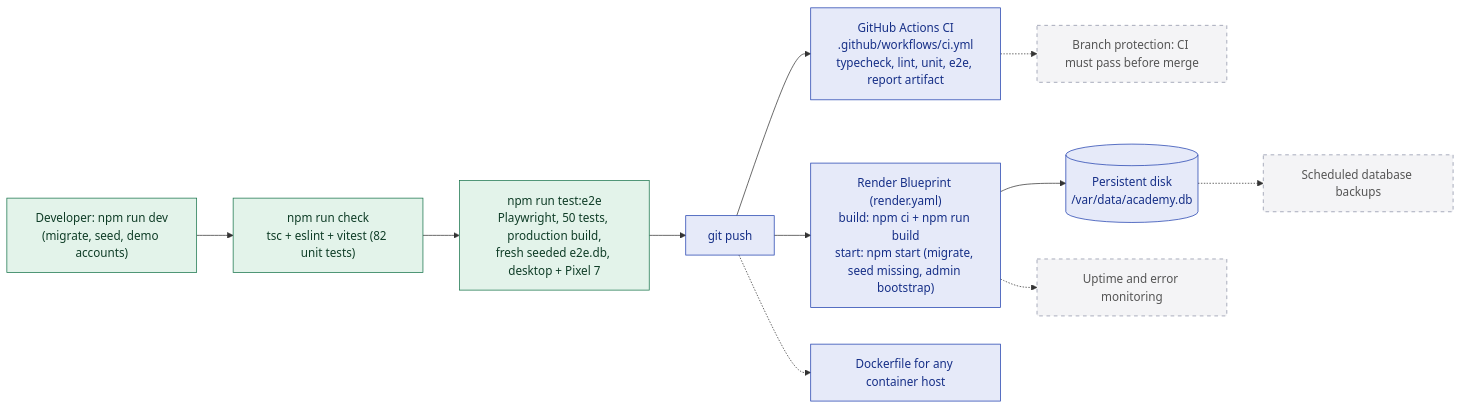
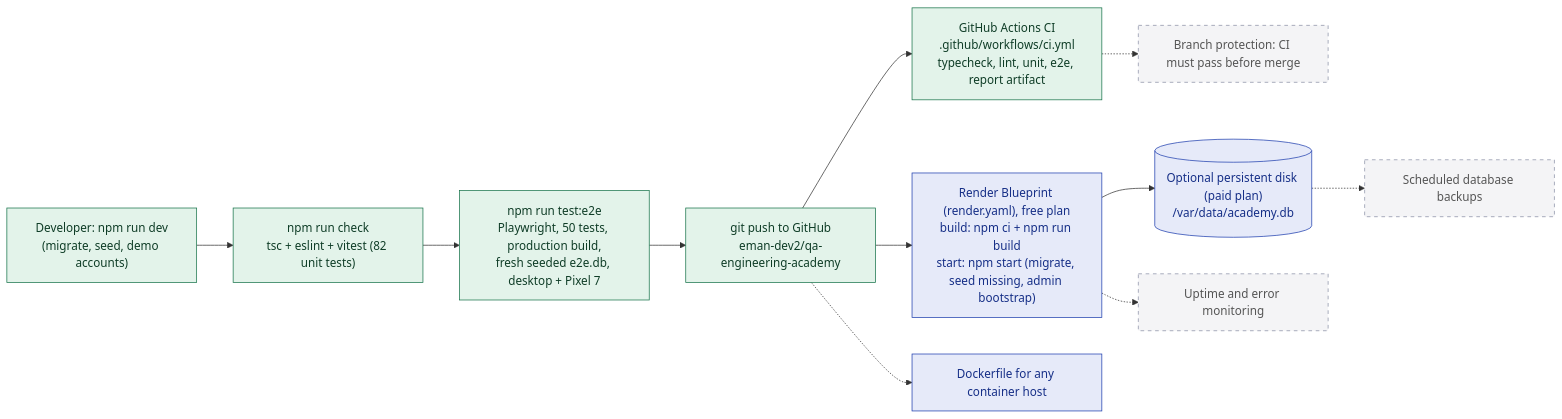
Before and after one commit to eman-dev2/qa-engineering-academy: the diagram in docs/diagrams/13-testing-ci-cd-deployment.md, drawn with Mermaid. The commit also changed other lines of this file and 32 other files, not shown here.

First line of the commit message:
Complete documentation in English and Arabic; free Render Blueprint

````diff
--- a/docs/diagrams/13-testing-ci-cd-deployment.md
+++ b/docs/diagrams/13-testing-ci-cd-deployment.md
@@ -5,25 +5,25 @@
 ```mermaid
 flowchart LR
   classDef done fill:#e3f3ea,stroke:#17734a,color:#0f3d27
   classDef config fill:#e6eaf9,stroke:#1f3fae,color:#162f87
   classDef planned fill:#f4f4f6,stroke:#8a90a6,stroke-dasharray:5 5,color:#555
 
   Dev["Developer: npm run dev<br/>(migrate, seed, demo accounts)"]:::done
   Check["npm run check<br/>tsc + eslint + vitest (82 unit tests)"]:::done
   E2E["npm run test:e2e<br/>Playwright, 50 tests, production build,<br/>fresh seeded e2e.db, desktop + Pixel 7"]:::done
-  Push["git push"]:::config
-  CI["GitHub Actions CI<br/>.github/workflows/ci.yml<br/>typecheck, lint, unit, e2e, report artifact"]:::config
-  Render["Render Blueprint (render.yaml)<br/>build: npm ci + npm run build<br/>start: npm start (migrate, seed missing, admin bootstrap)"]:::config
-  Disk[("Persistent disk<br/>/var/data/academy.db")]:::config
+  Push["git push to GitHub<br/>eman-dev2/qa-engineering-academy"]:::done
+  CI["GitHub Actions CI<br/>.github/workflows/ci.yml<br/>typecheck, lint, unit, e2e, report artifact"]:::done
+  Render["Render Blueprint (render.yaml), free plan<br/>build: npm ci + npm run build<br/>start: npm start (migrate, seed missing, admin bootstrap)"]:::config
+  Disk[("Optional persistent disk (paid plan)<br/>/var/data/academy.db")]:::config
   Docker["Dockerfile for any container host"]:::config
   Gate["Branch protection: CI must pass before merge"]:::planned
   Backup["Scheduled database backups"]:::planned
   Monitor["Uptime and error monitoring"]:::planned
 
   Dev --> Check --> E2E --> Push --> CI
   Push --> Render --> Disk
   CI -.-> Gate
   Disk -.-> Backup
   Render -.-> Monitor
   Push -.-> Docker
 ```
````
